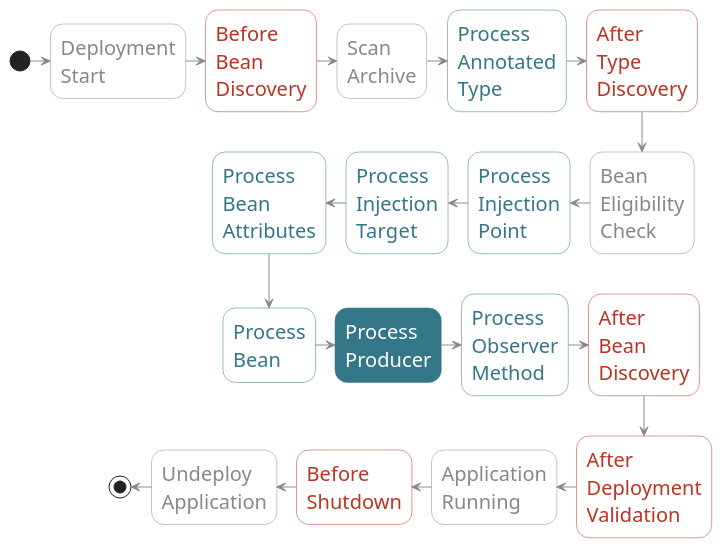
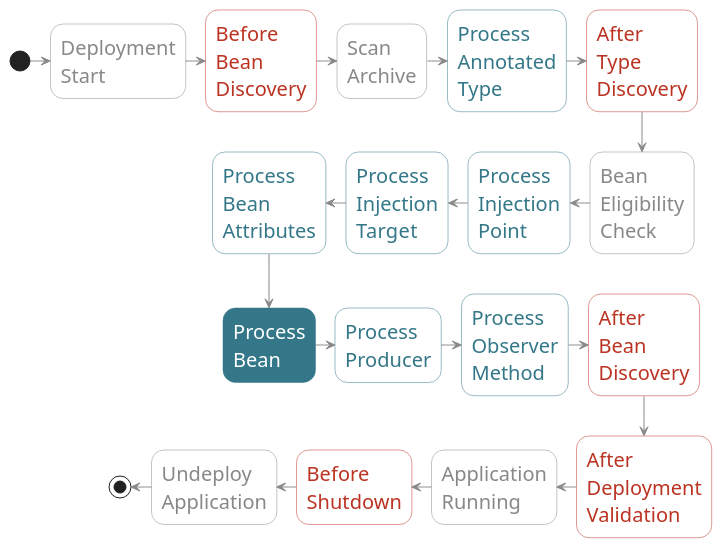
One commit to astefanutti/further-cdi changed the second of 2 diagrams in parts/metrics.adoc. Above: the diagram before and after it, drawn with PlantUML. The commit also changed other lines of this file, not shown here.

```diff
--- a/parts/metrics.adoc
+++ b/parts/metrics.adoc
@@ -339,50 +347,50 @@
-[plantuml, "lifecycle-pp", "svg", height="85%", width="95%"]
+[plantuml, "lifecycle-pb", "svg", height="85%", width="95%"]
 ----
 @startuml
 
 skinparam shadowing false
 skinparam backgroundColor transparent
 skinparam defaultFontName Consolas
 
 skinparam activity {
   FontSize 20
   FontName Consolas
   FontColor #337788
   ArrowColor #888888
   BorderColor #337788
   BackgroundColor #white
 
   FontColor<< Internal >> #888888
   BorderColor<< Internal >> #888888
   BackgroundColor<< Internal >> #white
 
   FontColor<< Once >> #BB3322
   BorderColor<< Once >> #BB3322
   BackgroundColor<< Once >> #white
 
   FontColor<< Highlight >> white
   BorderColor<< Highlight >> #337788
   BackgroundColor<< Highlight >> #337788
 }
 
 (*) -right-> "Deployment\nStart" << Internal >>
 -right-> "Before\nBean\nDiscovery" << Once >>
 -right-> "Scan\nArchive" << Internal >>
 -right-> "Process\nAnnotated\nType"
 -right-> "After\nType\nDiscovery" << Once >>
 -down-> "Bean\nEligibility\nCheck" << Internal >>
 -left-> "Process\nInjection\nPoint"
 -left-> "Process\nInjection\nTarget"
 -left-> "Process\nBean\nAttributes"
--down-> "Process\nBean"
--right-> "Process\nProducer" <<Highlight>>
+-down-> "Process\nBean" <<Highlight>>
+-right-> "Process\nProducer"
 -right-> "Process\nObserver\nMethod"
 -right-> "After\nBean\nDiscovery" << Once >>
 -down-> "After\nDeployment\nValidation" << Once >>
 -left-> "Application\nRunning" << Internal >>
 -left-> "Before\nShutdown" << Once >>
 -left-> "Undeploy\nApplication" << Internal >>
 -left-> (*)
 
 @enduml
 ----
```
